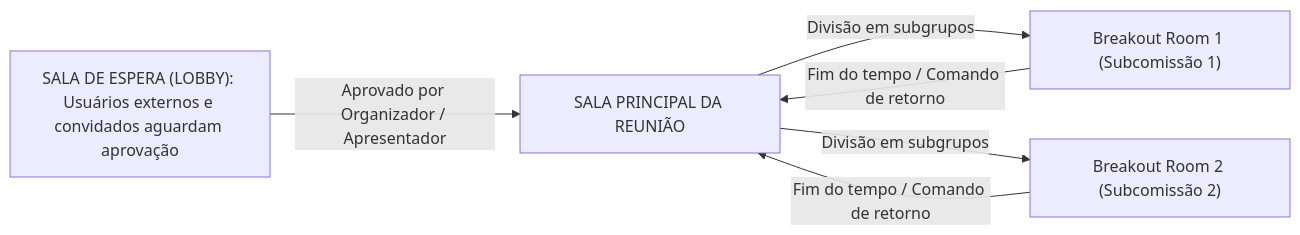
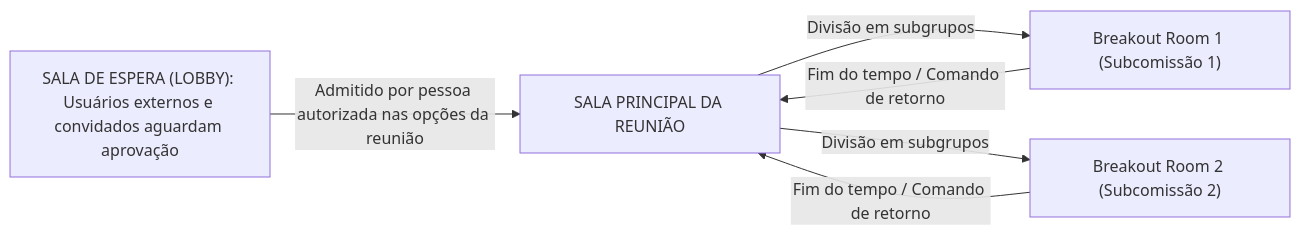
Before and after one commit to leorruas/concursos: the second of 2 diagrams in 3 - Materias/Informatica/11 - teams e google meet colaboracao reunioes e videoconferencia.md, drawn with Mermaid. The commit also changed other lines of this file, not shown here.

Commit message:
fix(camara-ti): distinguir chat Meet, arquivos Teams e permissoes lobby

````diff
--- a/3 - Materias/Informatica/11 - teams e google meet colaboracao reunioes e videoconferencia.md
+++ b/3 - Materias/Informatica/11 - teams e google meet colaboracao reunioes e videoconferencia.md
@@ -65,9 +65,9 @@
 ```mermaid
 flowchart LR
     Lobby["SALA DE ESPERA (LOBBY): Usuários externos e convidados aguardam aprovação"]
-    Lobby -->|Aprovado por Organizador / Apresentador| Sala["SALA PRINCIPAL DA REUNIÃO"]
+    Lobby -->|Admitido por pessoa autorizada nas opções da reunião| Sala["SALA PRINCIPAL DA REUNIÃO"]
     Sala -->|Divisão em subgrupos| B1["Breakout Room 1 (Subcomissão 1)"]
     Sala -->|Divisão em subgrupos| B2["Breakout Room 2 (Subcomissão 2)"]
     B1 -->|Fim do tempo / Comando de retorno| Sala
     B2 -->|Fim do tempo / Comando de retorno| Sala
 ```
````
